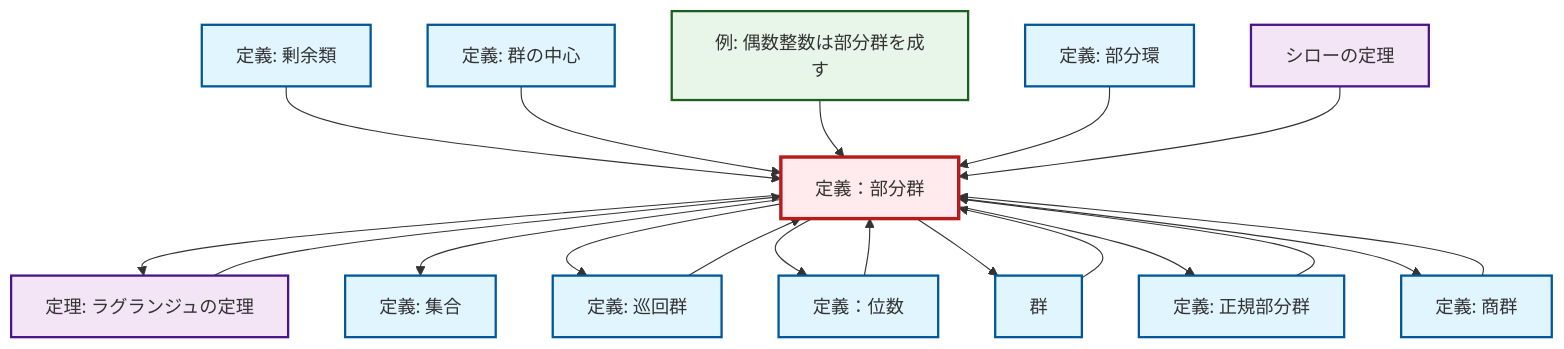
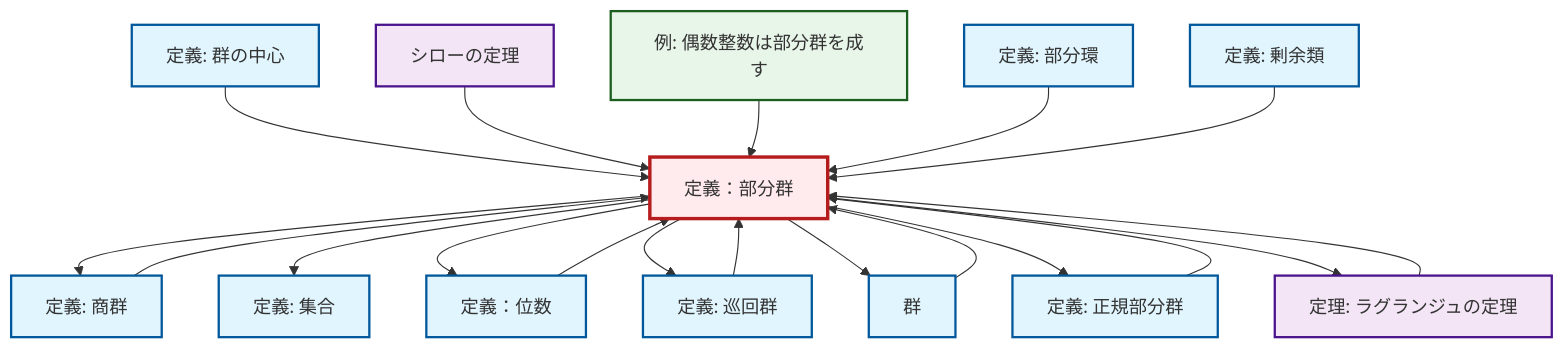
The diagram in content/ja/algebra/def-subgroup.qmd (RK0429/ModernMath), drawn with Mermaid before and after one commit. The commit also changed 672 other files, not shown here.

````diff
--- a/content/ja/algebra/def-subgroup.qmd
+++ b/content/ja/algebra/def-subgroup.qmd
@@ -53,53 +53,53 @@
 ```{mermaid}
-%%| fig-cap: "Local dependency graph"
+%%| fig-cap: "ローカル依存関係グラフ"
 graph TD
     classDef definition fill:#e1f5fe,stroke:#01579b,stroke-width:2px
     classDef theorem fill:#f3e5f5,stroke:#4a148c,stroke-width:2px
     classDef axiom fill:#fff3e0,stroke:#e65100,stroke-width:2px
     classDef example fill:#e8f5e9,stroke:#1b5e20,stroke-width:2px
     classDef current fill:#ffebee,stroke:#b71c1c,stroke-width:3px
     def-subgroup["定義：部分群"]:::definition
+    def-normal-subgroup["定義: 正規部分群"]:::definition
+    def-cyclic-group["定義: 巡回群"]:::definition
+    def-set["定義: 集合"]:::definition
+    def-coset["定義: 剰余類"]:::definition
+    def-order["定義：位数"]:::definition
+    def-quotient-group["定義: 商群"]:::definition
     def-subring["定義: 部分環"]:::definition
-    def-cyclic-group["定義: 巡回群"]:::definition
-    def-order["定義：位数"]:::definition
-    def-set["定義: 集合"]:::definition
+    def-group["群"]:::definition
     thm-lagrange["定理: ラグランジュの定理"]:::theorem
+    def-center-of-group["定義: 群の中心"]:::definition
     thm-sylow["シローの定理"]:::theorem
-    def-normal-subgroup["定義: 正規部分群"]:::definition
-    def-center-of-group["定義: 群の中心"]:::definition
-    def-coset["定義: 剰余類"]:::definition
-    def-quotient-group["定義: 商群"]:::definition
-    def-group["群"]:::definition
     ex-even-integers-subgroup["例: 偶数整数は部分群を成す"]:::example
-    def-coset --> def-subgroup
+    thm-lagrange --> def-subgroup
+    def-quotient-group --> def-subgroup
+    def-subgroup --> def-quotient-group
+    def-subgroup --> def-set
     def-center-of-group --> def-subgroup
+    thm-sylow --> def-subgroup
+    def-subgroup --> def-order
     ex-even-integers-subgroup --> def-subgroup
     def-order --> def-subgroup
     def-normal-subgroup --> def-subgroup
+    def-subgroup --> def-cyclic-group
+    def-cyclic-group --> def-subgroup
+    def-subring --> def-subgroup
+    def-coset --> def-subgroup
+    def-subgroup --> def-group
+    def-subgroup --> def-normal-subgroup
     def-group --> def-subgroup
     def-subgroup --> thm-lagrange
-    def-subgroup --> def-set
-    def-subgroup --> def-cyclic-group
-    def-subring --> def-subgroup
-    thm-sylow --> def-subgroup
-    thm-lagrange --> def-subgroup
-    def-cyclic-group --> def-subgroup
-    def-subgroup --> def-order
-    def-subgroup --> def-group
-    def-quotient-group --> def-subgroup
-    def-subgroup --> def-normal-subgroup
-    def-subgroup --> def-quotient-group
     class def-subgroup current
+    click def-normal-subgroup "def-normal-subgroup.html" "正規部分群の定義へ"
+    click def-cyclic-group "def-cyclic-group.html" "巡回群の定義へ"
+    click def-set "def-set.html" "集合の定義へ"
+    click def-coset "def-coset.html" "剰余類の定義へ"
+    click def-order "def-order.html" "定義：位数へ"
+    click def-quotient-group "def-quotient-group.html" "商群の定義へ"
     click def-subring "def-subring.html" "部分環の定義へ"
-    click def-cyclic-group "def-cyclic-group.html" "巡回群の定義へ"
-    click def-order "def-order.html" "定義：位数へ"
-    click def-set "def-set.html" "集合の定義へ"
+    click def-group "def-group.html" "群へ"
     click thm-lagrange "thm-lagrange.html" "ラグランジュの定理の定理へ"
+    click def-center-of-group "def-center-of-group.html" "群の中心の定義へ"
     click thm-sylow "thm-sylow.html" "シローの定理へ"
-    click def-normal-subgroup "def-normal-subgroup.html" "正規部分群の定義へ"
-    click def-center-of-group "def-center-of-group.html" "群の中心の定義へ"
-    click def-coset "def-coset.html" "剰余類の定義へ"
-    click def-quotient-group "def-quotient-group.html" "商群の定義へ"
-    click def-group "def-group.html" "群へ"
     click ex-even-integers-subgroup "ex-even-integers-subgroup.html" "偶数整数は部分群を成すの例へ"
 ```
````
